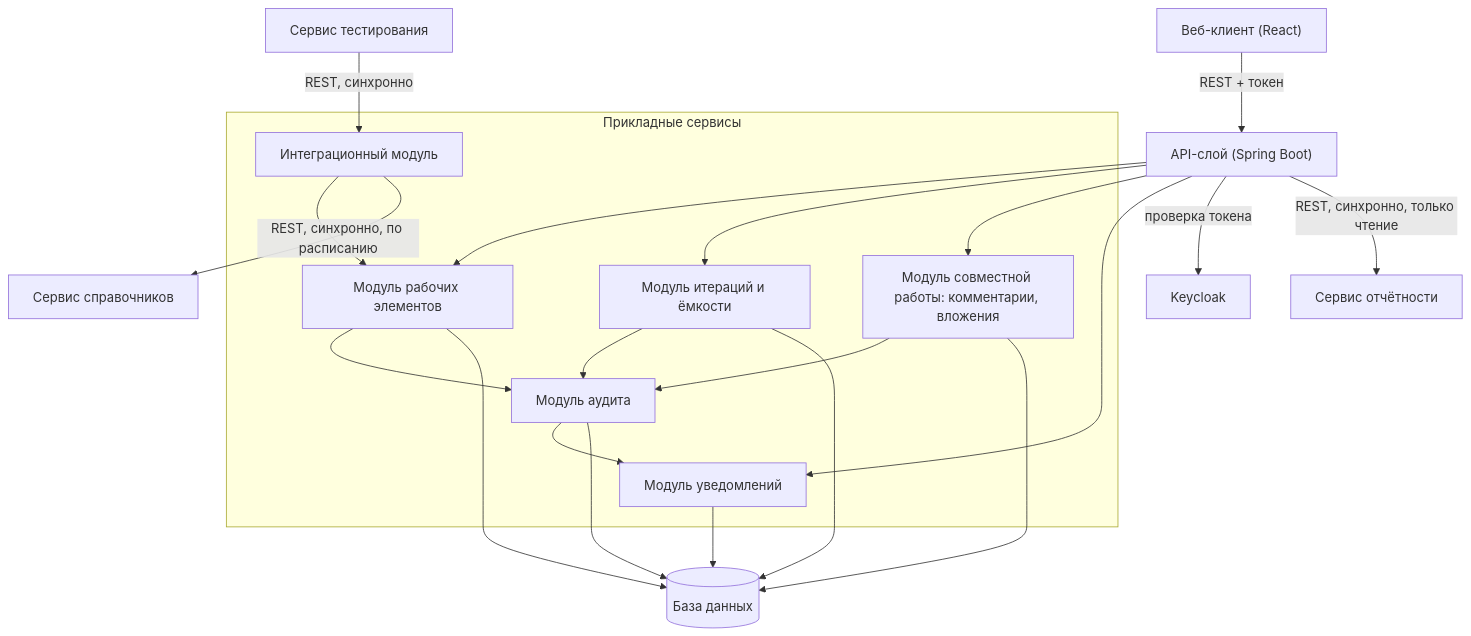
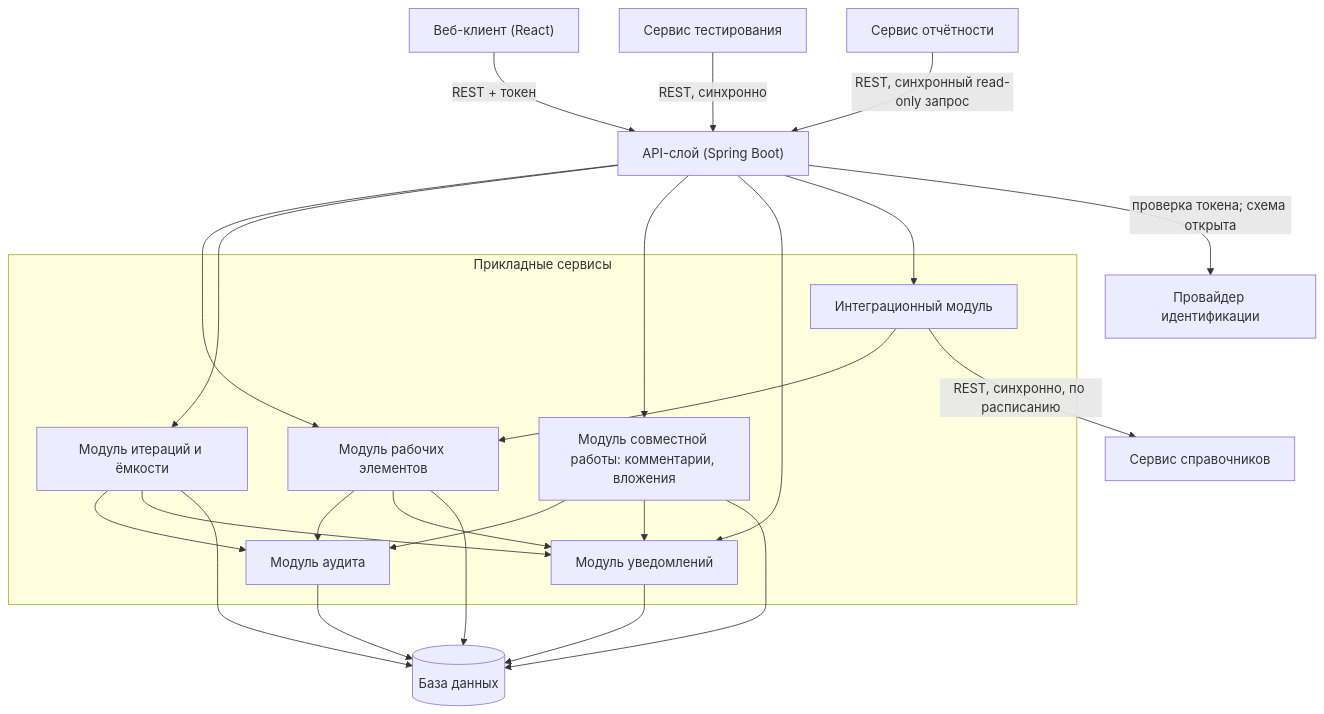
One commit to MEPhI-C22-501/arch-info-system-monorepo changed the diagram in task-tracker/docs/block-h-architecture-and-logic/146.logic-scheme.md. Above: the diagram before and after it, drawn with Mermaid. The commit also changed other lines of this file and 35 other files, not shown here.

````diff
--- a/task-tracker/docs/block-h-architecture-and-logic/146.logic-scheme.md
+++ b/task-tracker/docs/block-h-architecture-and-logic/146.logic-scheme.md
@@ -6,34 +6,37 @@
 ```mermaid
 flowchart TB
     UI["Веб-клиент (React)"] -->|REST + токен| API["API-слой (Spring Boot)"]
 
     subgraph Domain["Прикладные сервисы"]
         WI["Модуль рабочих элементов"]
         IT["Модуль итераций и ёмкости"]
         COL["Модуль совместной работы: комментарии, вложения"]
         AUD["Модуль аудита"]
         NOT["Модуль уведомлений"]
         INT["Интеграционный модуль"]
     end
 
     API --> WI
     API --> IT
     API --> COL
     API --> NOT
+    API --> INT
     WI --> AUD
     IT --> AUD
     COL --> AUD
-    AUD --> NOT
+    WI --> NOT
+    IT --> NOT
+    COL --> NOT
 
     WI --> DB[("База данных")]
     IT --> DB
     COL --> DB
     AUD --> DB
     NOT --> DB
 
-    API -->|проверка токена| KC["Keycloak"]
-    Tests["Сервис тестирования"] -->|REST, синхронно| INT
+    API -->|проверка токена; схема открыта| IdP["Провайдер идентификации"]
+    Tests["Сервис тестирования"] -->|REST, синхронно| API
     INT --> WI
-    API -->|REST, синхронно, только чтение| Reports["Сервис отчётности"]
+    Reports["Сервис отчётности"] -->|REST, синхронный read-only запрос| API
     INT -->|REST, синхронно, по расписанию| Refs["Сервис справочников"]
 ```
````
